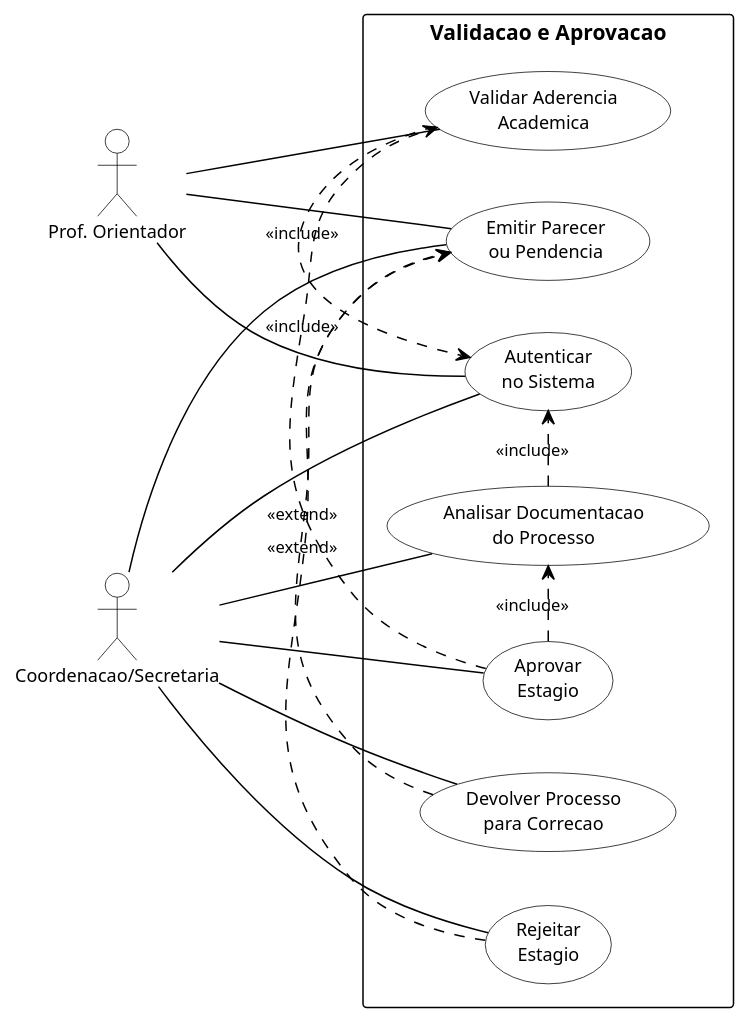
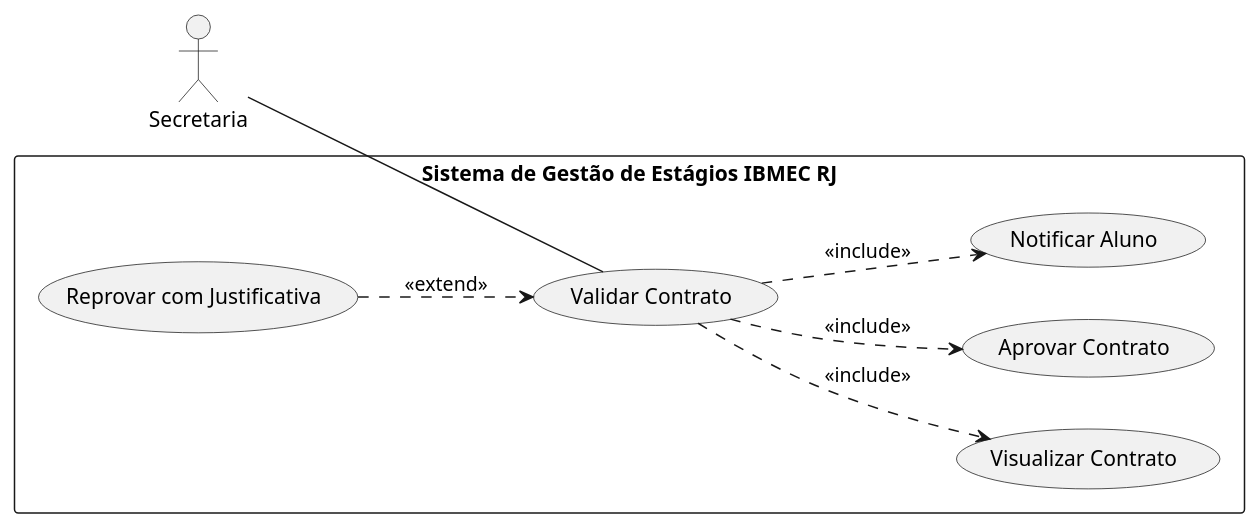
One commit to Projetos-de-Extensao/PBE_26.1_8002_I changed the fifth of 9 diagrams in docs/Elaboracao/casos_de_uso.md. Above: the diagram before and after it, drawn with PlantUML. The commit also changed other lines of this file, not shown here.

````diff
--- a/docs/Elaboracao/casos_de_uso.md
+++ b/docs/Elaboracao/casos_de_uso.md
@@ -279,65 +240,27 @@
 ```plantuml
-@startuml visao_3_validacao_aprovacao
-
+@startuml
 left to right direction
 
-skinparam DefaultFontName Arial
-skinparam DefaultFontSize 12
-skinparam shadowing false
-skinparam backgroundColor white
+actor Secretaria
 
-skinparam actor {
-  BackgroundColor white
-  BorderColor black
-  FontColor black
-}
-skinparam usecase {
-  BackgroundColor white
-  BorderColor black
-  FontColor black
-  FontSize 12
-}
-skinparam rectangle {
-  BackgroundColor white
-  BorderColor black
-  FontColor black
-  FontSize 14
-}
-skinparam ArrowColor black
-skinparam ArrowFontColor black
-skinparam ArrowFontSize 11
+rectangle "Sistema de Gestão de Estágios IBMEC RJ" {
 
-actor "Prof. Orientador"       as ORI
-actor "Coordenacao/Secretaria" as COO
+  usecase "Validar Contrato" as UC1
+  usecase "Visualizar Contrato" as UC2
+  usecase "Aprovar Contrato" as UC3
+  usecase "Reprovar com Justificativa" as UC4
+  usecase "Notificar Aluno" as UC5
 
-rectangle "Validacao e Aprovacao" {
-  usecase "Autenticar\nno Sistema"             as UC_AUTH
-  usecase "Analisar Documentacao\ndo Processo" as UC_ANALDOC
-  usecase "Validar Aderencia\nAcademica"       as UC_ADER
-  usecase "Emitir Parecer\nou Pendencia"       as UC_PARECER
-  usecase "Devolver Processo\npara Correcao"   as UC_DEV
-  usecase "Aprovar\nEstagio"                   as UC_APROV
-  usecase "Rejeitar\nEstagio"                  as UC_REJ
 }
 
-ORI -- UC_AUTH
-ORI -- UC_ADER
-ORI -- UC_PARECER
+Secretaria -- UC1
 
-COO -- UC_AUTH
-COO -- UC_ANALDOC
-COO -- UC_PARECER
-COO -- UC_DEV
-COO -- UC_APROV
-COO -- UC_REJ
+UC1 ..> UC2 : <<include>>
+UC1 ..> UC3 : <<include>>
+UC1 ..> UC5 : <<include>>
 
-UC_ANALDOC .> UC_AUTH    : <<include>>
-UC_ADER    .> UC_AUTH    : <<include>>
-UC_APROV   .> UC_ANALDOC : <<include>>
-UC_APROV   .> UC_ADER    : <<include>>
-
-UC_DEV .> UC_PARECER : <<extend>>
-UC_REJ .> UC_PARECER : <<extend>>
+UC4 ..> UC1 : <<extend>>
 
 @enduml
+
 ```
````
